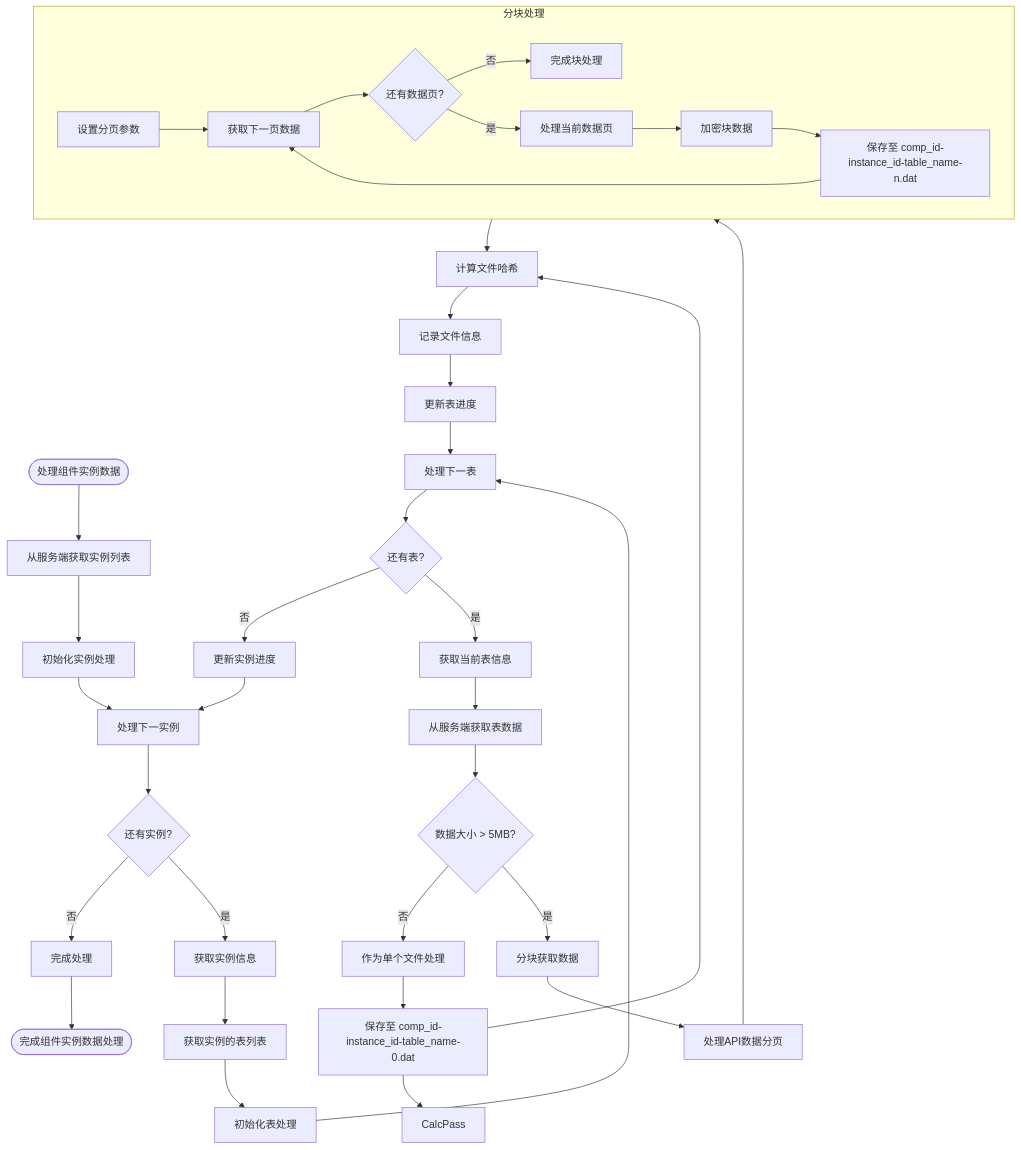
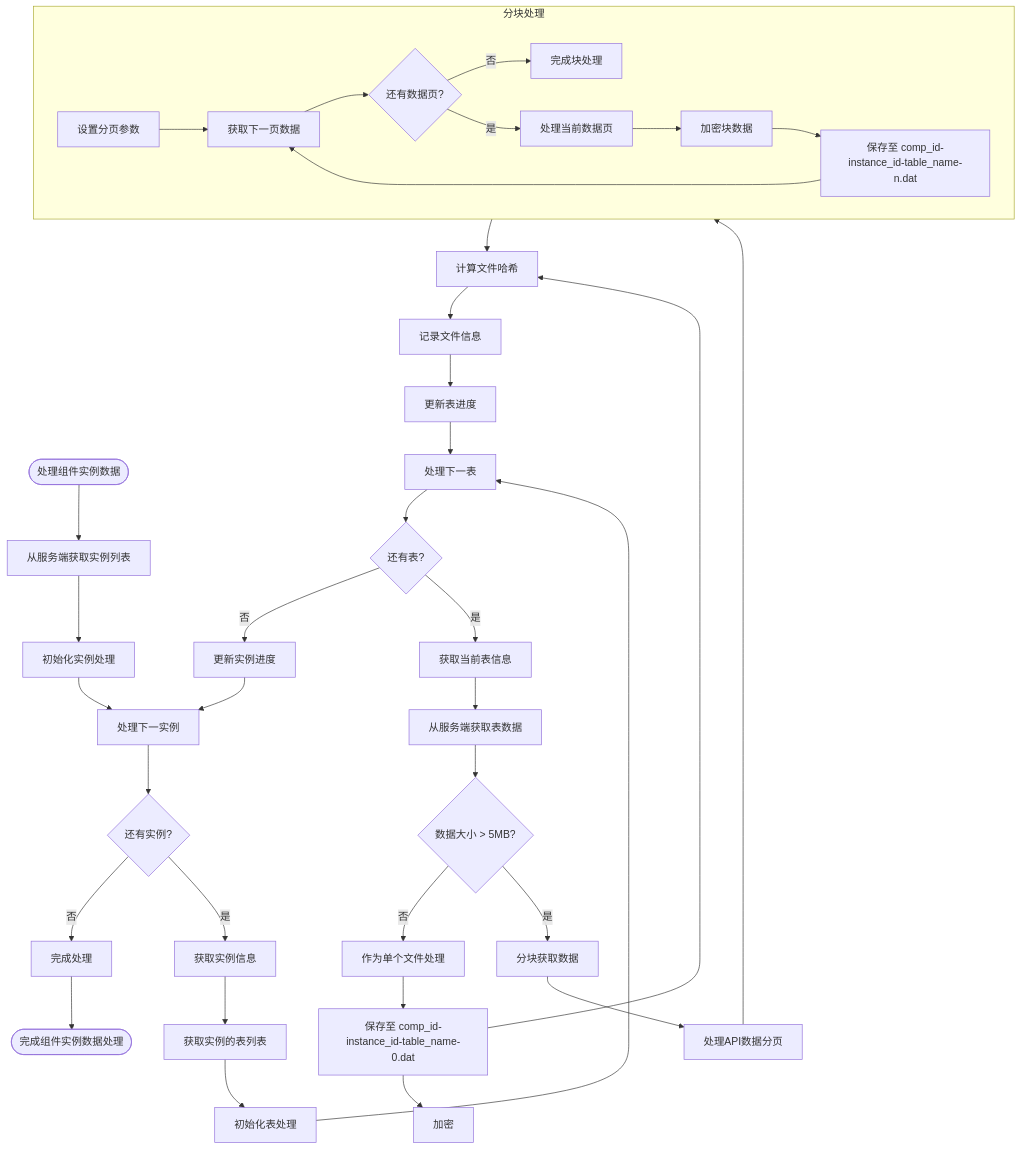
One commit to yingjianzh/iodraw-files changed the diagram in all/未命名-52.md. Above: the diagram before and after it, drawn with Mermaid.

Commit message:
2025-05-09 15:22:29 update

````diff
--- a/all/未命名-52.md
+++ b/all/未命名-52.md
@@ -1,51 +1,51 @@
 ```mermaid
 flowchart TD
     Start([处理组件实例数据]) --> FetchInstanceList[从服务端获取实例列表]
     FetchInstanceList --> InitInstanceProcess[初始化实例处理]
     
     InitInstanceProcess --> ProcessNextInst[处理下一实例]
     ProcessNextInst --> MoreInsts{还有实例?}
     MoreInsts -->|否| CompleteProcess[完成处理]
     MoreInsts -->|是| GetInstanceInfo[获取实例信息]
     
     GetInstanceInfo --> FetchTableList[获取实例的表列表]
     FetchTableList --> InitTableProcess[初始化表处理]
     
     InitTableProcess --> ProcessNextTable[处理下一表]
     ProcessNextTable --> MoreTables{还有表?}
     MoreTables -->|否| UpdateInstProgress[更新实例进度]
     MoreTables -->|是| GetTableInfo[获取当前表信息]
     
     UpdateInstProgress --> ProcessNextInst
     
     GetTableInfo --> FetchTableData[从服务端获取表数据]
     FetchTableData --> DataSize{数据大小 > 5MB?}
     
     DataSize -->|否| SingleFile[作为单个文件处理]
     DataSize -->|是| ChunkedFetch[分块获取数据]
     
     SingleFile --> SaveInstData[保存至 comp_id-instance_id-table_name-0.dat]
     ChunkedFetch --> ProcessAPIChunks[处理API数据分页]
     
     subgraph ChunkProcess [分块处理]
         C1[设置分页参数] --> C2[获取下一页数据]
         C2 --> C3{还有数据页?}
         C3 -->|否| C7[完成块处理]
         C3 -->|是| C4[处理当前数据页]
         C4 --> C5[加密块数据]
         C5 --> C6[保存至 comp_id-instance_id-table_name-n.dat]
         C6 --> C2
     end
     
     ProcessAPIChunks --> ChunkProcess
     
-    SaveInstData --> CalcPass
+    SaveInstData --> CalcPass[加密]
     SaveInstData --> CalcFileHash[计算文件哈希]
     ChunkProcess --> CalcFileHash
     
     CalcFileHash --> RecordFileInfo[记录文件信息]
     RecordFileInfo --> UpdateTableProgress[更新表进度]
     UpdateTableProgress --> ProcessNextTable
     
     CompleteProcess --> End([完成组件实例数据处理])
 ```
````
